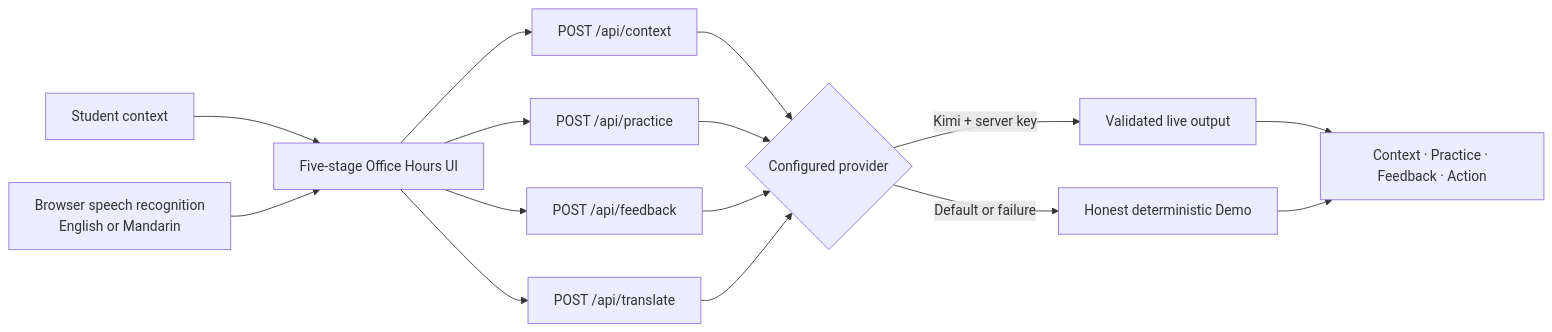
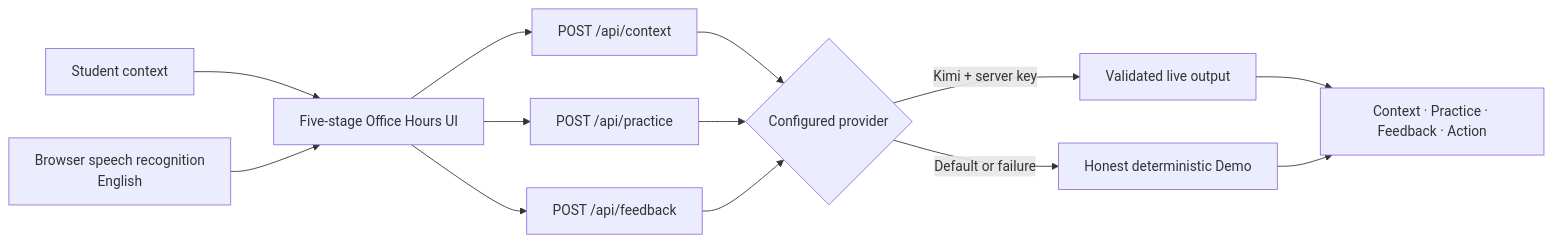
Before and after one commit to zhoulinhua0-star/campus-decoder: the diagram in README.md, drawn with Mermaid. The commit also changed other lines of this file and 26 other files, not shown here.

````diff
--- a/README.md
+++ b/README.md
@@ -92,17 +91,15 @@
 ```mermaid
 flowchart LR
     A["Student context"] --> B["Five-stage Office Hours UI"]
-    V["Browser speech recognition\nEnglish or Mandarin"] --> B
+    V["Browser speech recognition\nEnglish"] --> B
     B --> C["POST /api/context"]
     B --> P["POST /api/practice"]
     B --> F["POST /api/feedback"]
-    B --> T["POST /api/translate"]
     C --> S
     P --> S{"Configured provider"}
     F --> S
-    T --> S
     S -- "Kimi + server key" --> K["Validated live output"]
     S -- "Default or failure" --> D["Honest deterministic Demo"]
     K --> O["Context · Practice · Feedback · Action"]
     D --> O
 ```
````
